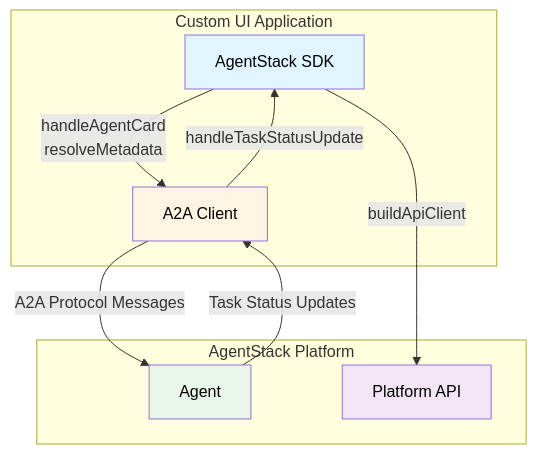
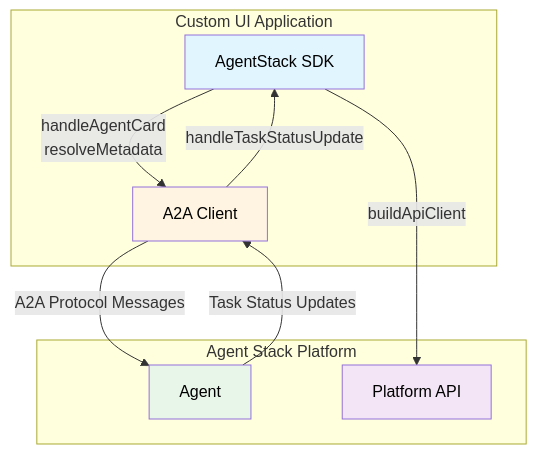
Before and after one commit to i-am-bee/agentstack: the diagram in docs/development/custom-ui/getting-started.mdx, drawn with Mermaid.

Commit message:
Fix typo in AgentStack Platform heading

````diff
--- a/docs/development/custom-ui/getting-started.mdx
+++ b/docs/development/custom-ui/getting-started.mdx
@@ -24,23 +24,23 @@
 ```mermaid
 graph TB
     subgraph CustomUI [Custom UI Application]
         SDK[AgentStack SDK]
         A2AClient[A2A Client]
     end
     
-    subgraph AgentStack [AgentStack Platform]
+    subgraph AgentStack [Agent Stack Platform]
         Agent[Agent]
         API[Platform API]
     end
     
     SDK -->|"handleAgentCard<br/>resolveMetadata"| A2AClient
     A2AClient -->|"A2A Protocol Messages"| Agent
     Agent -->|"Task Status Updates"| A2AClient
     A2AClient -->|"handleTaskStatusUpdate"| SDK
     SDK -->|"buildApiClient"| API
     
     style SDK fill:#e1f5ff,color:#000000
     style A2AClient fill:#fff4e1,color:#000000
     style Agent fill:#e8f5e9,color:#000000
     style API fill:#f3e5f5,color:#000000
 ```
````
